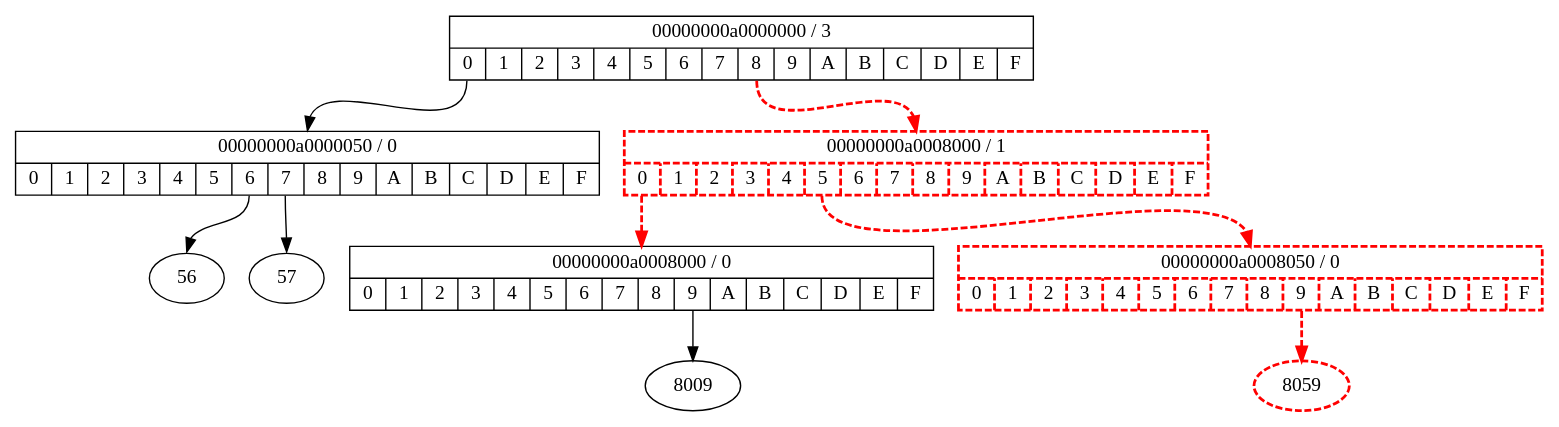
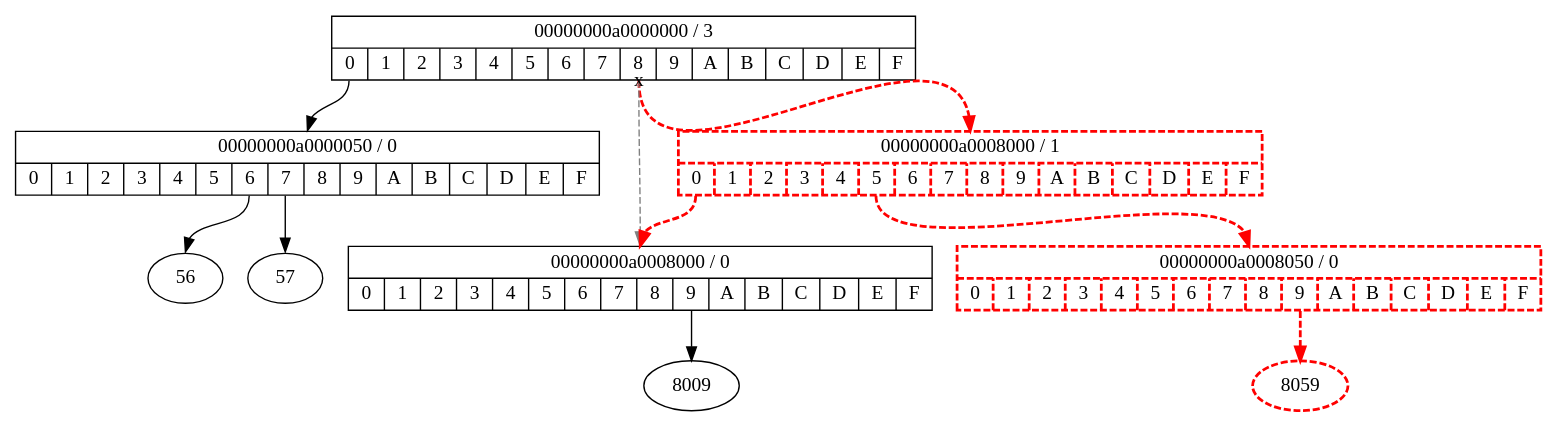
Before and after one commit to billziss-gh/imap: the diagram in doc/assign2.dot, drawn with Graphviz. The commit also changed 1 other file, not shown here.

```diff
--- a/doc/assign2.dot
+++ b/doc/assign2.dot
@@ -1,16 +1,17 @@
 digraph {
 "80" [shape=record label="{00000000a0000000 / 3|{<0>0|<1>1|<2>2|<3>3|<4>4|<5>5|<6>6|<7>7|<8>8|<9>9|<A>A|<B>B|<C>C|<D>D|<E>E|<F>F}}"]
 "80":"0":s->"40":n
 "80":"8":s->"100":n [style=dashed penwidth=2 color=red]
+"80":"8":s->"c0":n [style=dashed color="gray" taillabel="x" labeldistance=0 labelangle=0]
 "40" [shape=record label="{00000000a0000050 / 0|{<0>0|<1>1|<2>2|<3>3|<4>4|<5>5|<6>6|<7>7|<8>8|<9>9|<A>A|<B>B|<C>C|<D>D|<E>E|<F>F}}"]
 "40":"6":s->"56":n
 "40":"7":s->"57":n
 "100" [style=dashed penwidth=2 color=red shape=record label="{00000000a0008000 / 1|{<0>0|<1>1|<2>2|<3>3|<4>4|<5>5|<6>6|<7>7|<8>8|<9>9|<A>A|<B>B|<C>C|<D>D|<E>E|<F>F}}"]
 "100":"0":s->"c0":n [style=dashed penwidth=2 color=red]
 "100":"5":s->"140":n [style=dashed penwidth=2 color=red]
 "c0" [shape=record label="{00000000a0008000 / 0|{<0>0|<1>1|<2>2|<3>3|<4>4|<5>5|<6>6|<7>7|<8>8|<9>9|<A>A|<B>B|<C>C|<D>D|<E>E|<F>F}}"]
 "c0":"9":s->"8009":n
 "140" [style=dashed penwidth=2 color=red shape=record label="{00000000a0008050 / 0|{<0>0|<1>1|<2>2|<3>3|<4>4|<5>5|<6>6|<7>7|<8>8|<9>9|<A>A|<B>B|<C>C|<D>D|<E>E|<F>F}}"]
 "140":"9":s->"8059":n [style=dashed penwidth=2 color=red]
 "8059" [style=dashed penwidth=2 color=red]
 }
```
